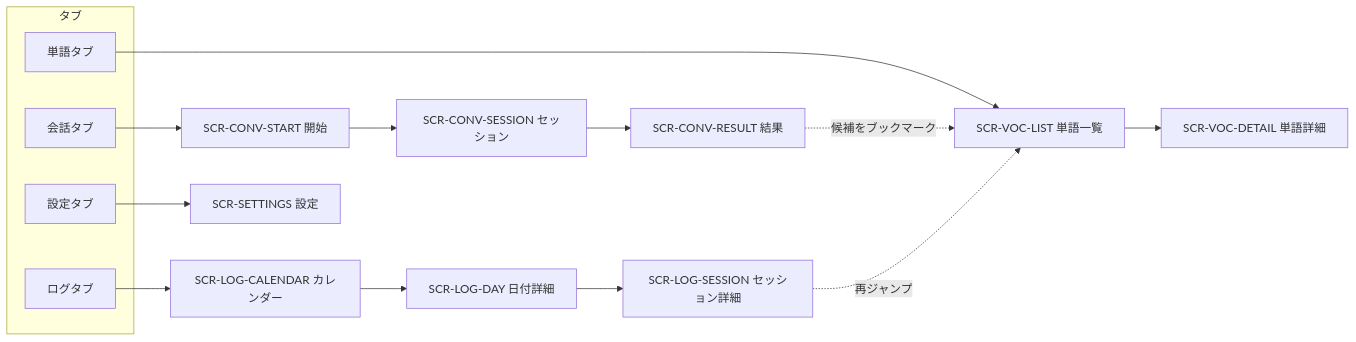
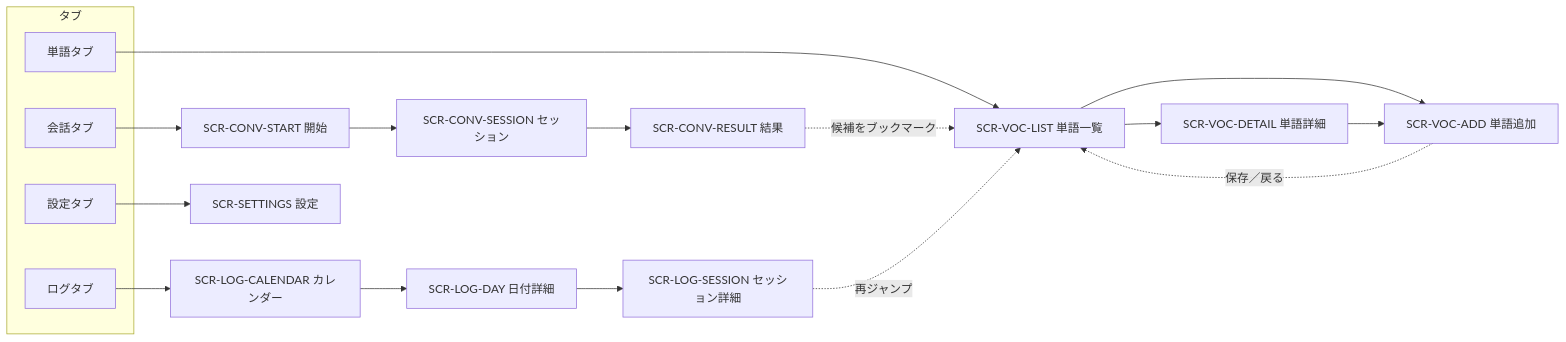
One commit to GoboMan/PeraTalk changed the first of 3 diagrams in PeraTalk/docs/機能/画面一覧.md. Above: the diagram before and after it, drawn with Mermaid. The commit also changed other lines of this file and 13 other files, not shown here.

````diff
--- a/PeraTalk/docs/機能/画面一覧.md
+++ b/PeraTalk/docs/機能/画面一覧.md
@@ -34,24 +37,27 @@
 ```mermaid
 flowchart LR
   subgraph Tabs["タブ"]
     TVoc[単語タブ]
     TConv[会話タブ]
     TLog[ログタブ]
     TSet[設定タブ]
   end
 
   TVoc --> SCRVL[SCR-VOC-LIST 単語一覧]
   SCRVL --> SCRVD[SCR-VOC-DETAIL 単語詳細]
+  SCRVL --> SCRVADD[SCR-VOC-ADD 単語追加]
+  SCRVD --> SCRVADD
+  SCRVADD -.保存／戻る.-> SCRVL
 
   TConv --> SCRCS[SCR-CONV-START 開始]
   SCRCS --> SCRCSESS[SCR-CONV-SESSION セッション]
   SCRCSESS --> SCRCR[SCR-CONV-RESULT 結果]
   SCRCR -.候補をブックマーク.-> SCRVL
 
   TLog --> SCRLC[SCR-LOG-CALENDAR カレンダー]
   SCRLC --> SCRLD[SCR-LOG-DAY 日付詳細]
   SCRLD --> SCRLS[SCR-LOG-SESSION セッション詳細]
   SCRLS -.再ジャンプ.-> SCRVL
 
   TSet --> SCRSET[SCR-SETTINGS 設定]
 ```
````
